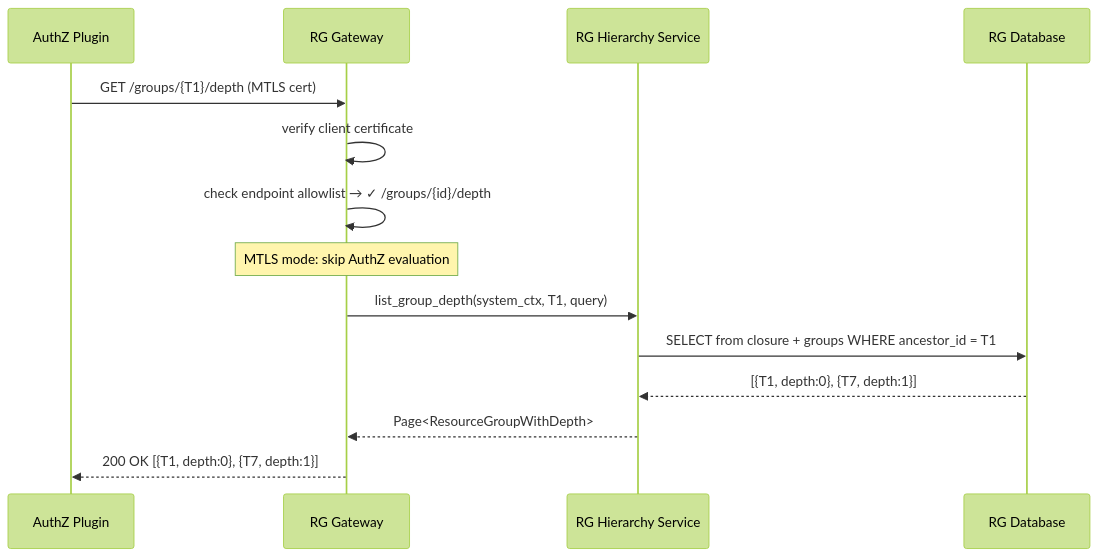
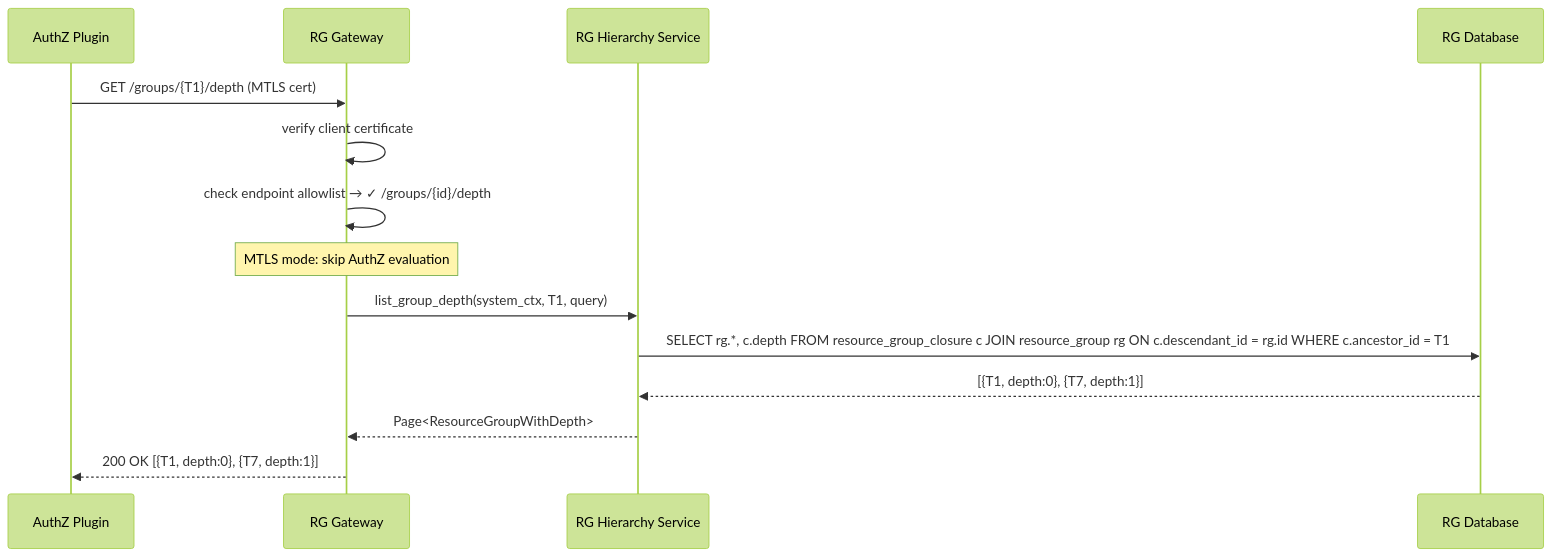
One commit to ffedoroff/cyberfabric-core changed the seventh of 8 diagrams in modules/system/resource-group/docs/DESIGN.md. Above: the diagram before and after it, drawn with Mermaid (forest theme). The commit also changed other lines of this file and 1 other file, not shown here.

````diff
--- a/modules/system/resource-group/docs/DESIGN.md
+++ b/modules/system/resource-group/docs/DESIGN.md
@@ -1116,19 +1125,19 @@
 ```mermaid
 sequenceDiagram
     participant AZ as AuthZ Plugin
     participant RG_GW as RG Gateway
     participant RG_SVC as RG Hierarchy Service
     participant DB as RG Database
 
     AZ->>RG_GW: GET /groups/{T1}/depth (MTLS cert)
     RG_GW->>RG_GW: verify client certificate
     RG_GW->>RG_GW: check endpoint allowlist → ✓ /groups/{id}/depth
 
     Note over RG_GW: MTLS mode: skip AuthZ evaluation
 
     RG_GW->>RG_SVC: list_group_depth(system_ctx, T1, query)
-    RG_SVC->>DB: SELECT from closure + groups WHERE ancestor_id = T1
+    RG_SVC->>DB: SELECT rg.*, c.depth FROM resource_group_closure c JOIN resource_group rg ON c.descendant_id = rg.id WHERE c.ancestor_id = T1
     DB-->>RG_SVC: [{T1, depth:0}, {T7, depth:1}]
     RG_SVC-->>RG_GW: Page<ResourceGroupWithDepth>
     RG_GW-->>AZ: 200 OK [{T1, depth:0}, {T7, depth:1}]
 ```
````
